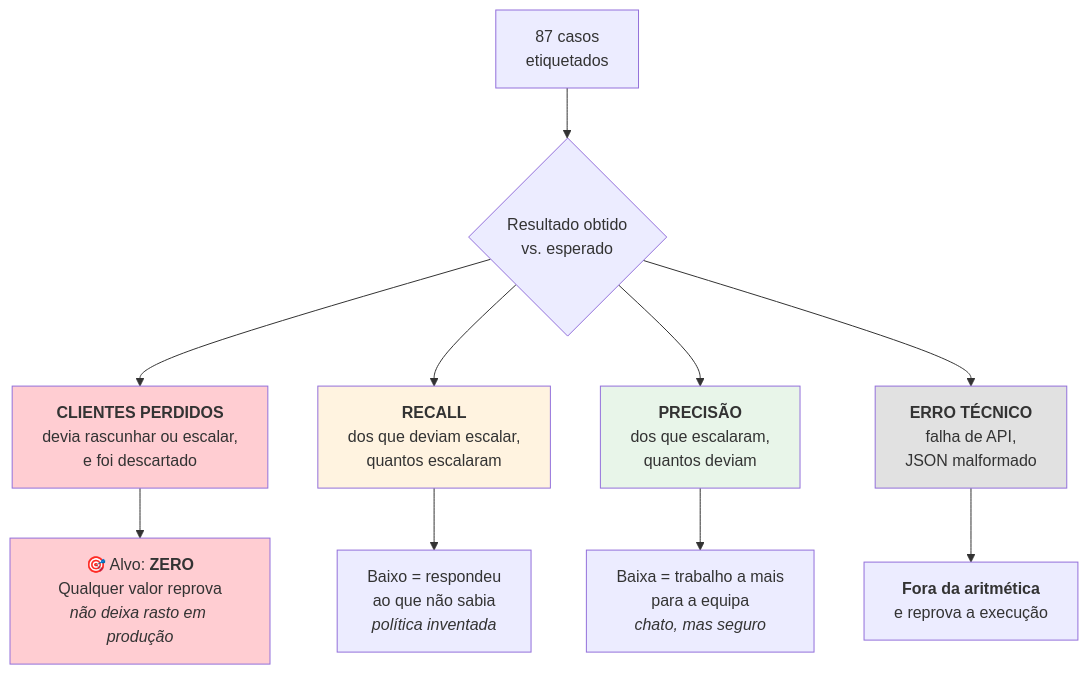
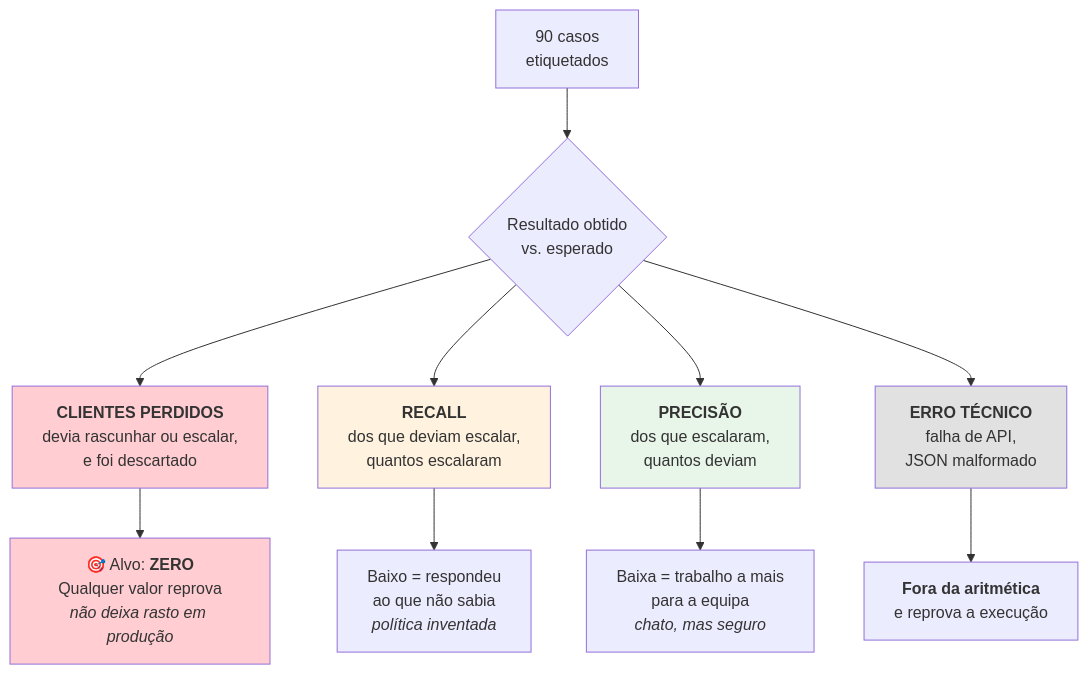
One commit to joaocarvalhini/Outlook-Reply-Assistant changed the diagram in docs/05-reliability/evaluation.md. Above: the diagram before and after it, drawn with Mermaid. The commit also changed other lines of this file and 10 other files, not shown here.

````diff
--- a/docs/05-reliability/evaluation.md
+++ b/docs/05-reliability/evaluation.md
@@ -24,20 +24,20 @@
 ```mermaid
 flowchart TD
-    A["87 casos<br/>etiquetados"] --> B{"Resultado obtido<br/>vs. esperado"}
+    A["90 casos<br/>etiquetados"] --> B{"Resultado obtido<br/>vs. esperado"}
 
     B --> C["<b>CLIENTES PERDIDOS</b><br/>devia rascunhar ou escalar,<br/>e foi descartado"]
     B --> D["<b>RECALL</b><br/>dos que deviam escalar,<br/>quantos escalaram"]
     B --> E["<b>PRECISÃO</b><br/>dos que escalaram,<br/>quantos deviam"]
     B --> F["<b>ERRO TÉCNICO</b><br/>falha de API,<br/>JSON malformado"]
 
     C --> C1["🎯 Alvo: <b>ZERO</b><br/>Qualquer valor reprova<br/><i>não deixa rasto em produção</i>"]
     D --> D1["Baixo = respondeu<br/>ao que não sabia<br/><i>política inventada</i>"]
     E --> E1["Baixa = trabalho a mais<br/>para a equipa<br/><i>chato, mas seguro</i>"]
     F --> F1["<b>Fora da aritmética</b><br/>e reprova a execução"]
 
     style C fill:#ffcdd2
     style C1 fill:#ffcdd2
     style D fill:#fff3e0
     style E fill:#e8f5e9
     style F fill:#e1e1e1
 ```
````
